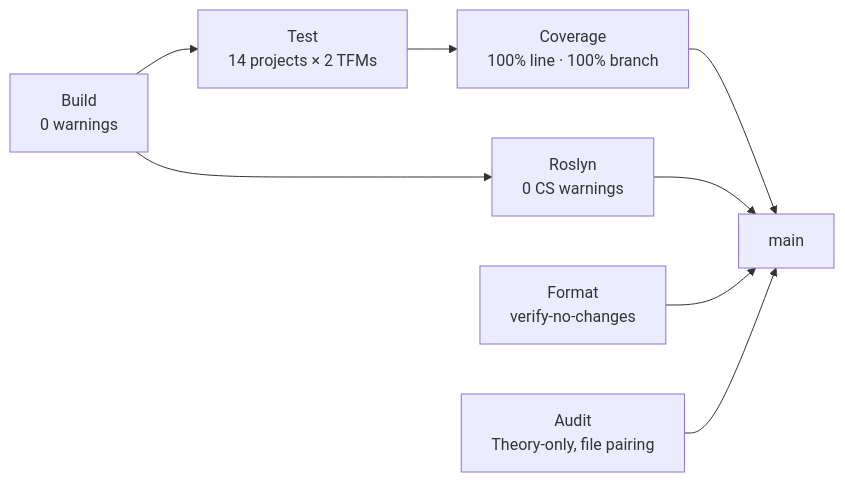
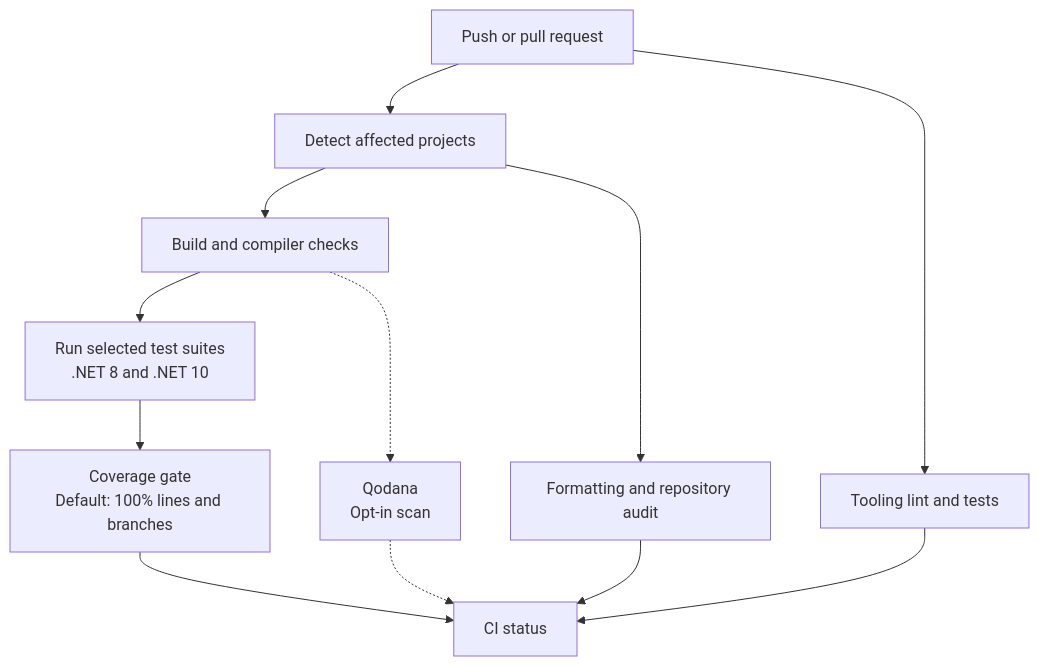
Before and after one commit to stevomccormack/PineGuard: the third of 3 diagrams in README.md, drawn with Mermaid. The commit also changed other lines of this file and 5 other files, not shown here.

````diff
--- a/README.md
+++ b/README.md
@@ -635,7 +700,12 @@
 ```mermaid
-flowchart LR
-    Build["Build<br/>0 warnings"] --> Test["Test<br/>14 projects × 2 TFMs"] --> Cov["Coverage<br/>100% line · 100% branch"] --> Merge["main"]
-    Build --> Ros["Roslyn<br/>0 CS warnings"] --> Merge
-    Fmt["Format<br/>verify-no-changes"] --> Merge
-    Audit["Audit<br/>Theory-only, file pairing"] --> Merge
+flowchart TB
+    Change["Push or pull request"] --> Scope["Detect affected projects"]
+    Scope --> Build["Build and compiler checks"]
+    Build --> Test["Run selected test suites<br/>.NET 8 and .NET 10"]
+    Test --> Cov["Coverage gate<br/>Default: 100% lines and branches"]
+    Scope --> Checks["Formatting and repository audit"]
+    Change --> Tools["Tooling lint and tests"]
+    Build -.-> Qodana["Qodana<br/>Opt-in scan"]
+    Cov & Checks & Tools --> Status["CI status"]
+    Qodana -.-> Status
 ```
````
